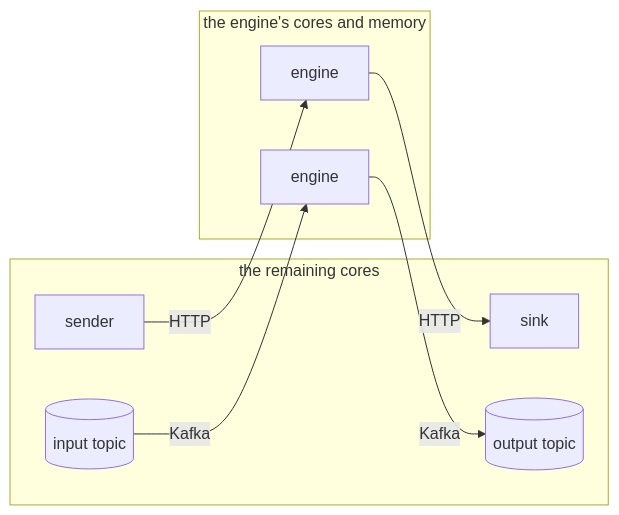
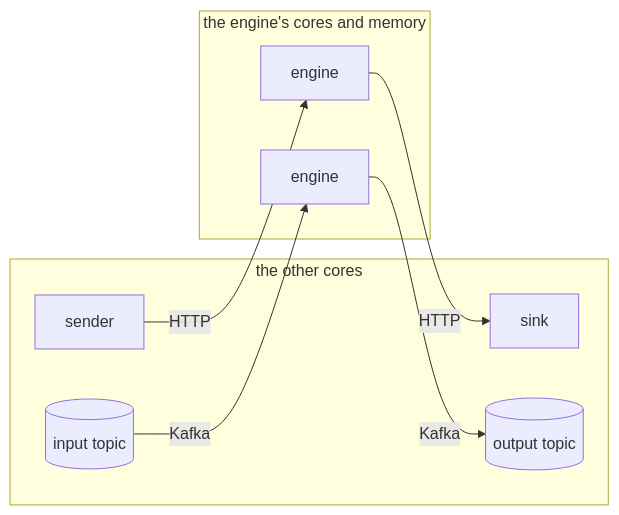
One commit to smeltr-sh/smeltr changed the diagram in docs/engine-benchmarks.md. Above: the diagram before and after it, drawn with Mermaid. The commit also changed other lines of this file and 1 other file, not shown here.

````diff
--- a/docs/engine-benchmarks.md
+++ b/docs/engine-benchmarks.md
@@ -9,15 +10,15 @@
 ```mermaid
 flowchart LR
-  subgraph harness [the remaining cores]
+  subgraph harness [the other cores]
     sender
     sink
     t1[(input topic)]
     t2[(output topic)]
   end
   subgraph container [the engine's cores and memory]
     e1[engine]
     e2[engine]
   end
   sender -- HTTP --> e1 -- HTTP --> sink
   t1 -- Kafka --> e2 -- Kafka --> t2
 ```
````
